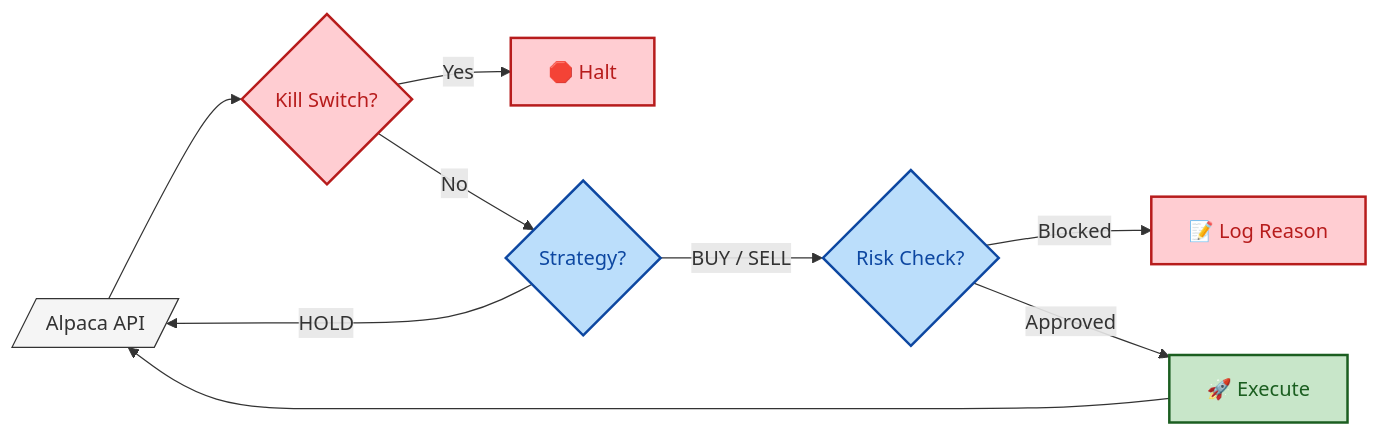
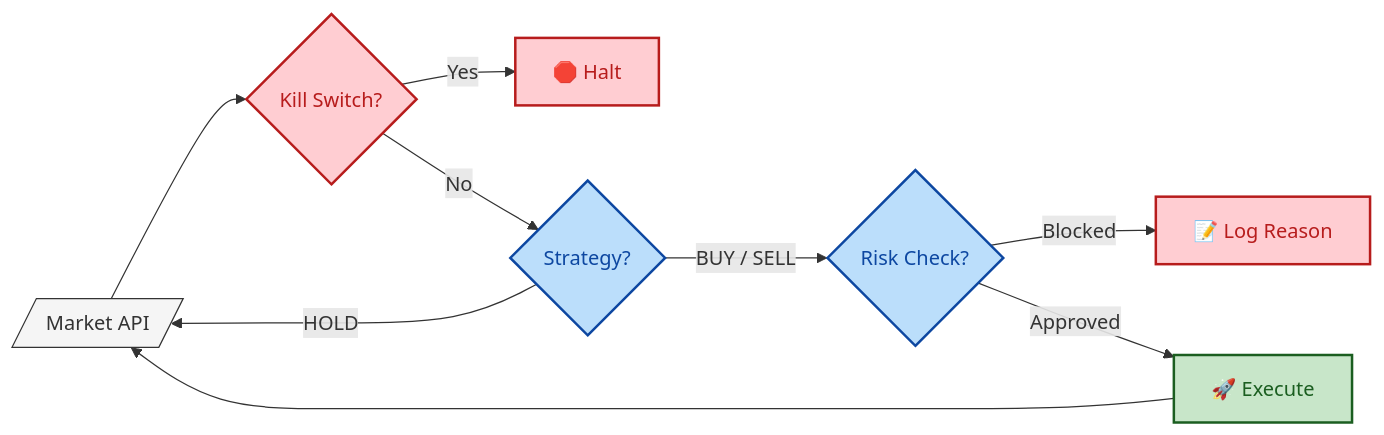
The diagram in README.md (Julien-hae/NightWatch), drawn with Mermaid before and after one commit. The commit also changed other lines of this file and 7 other files, not shown here.

````diff
--- a/README.md
+++ b/README.md
@@ -9,27 +9,27 @@
 ```mermaid
 graph LR
     %% Node Definitions
-    Fetch[/Alpaca API/]
+    Fetch[/Market API/]
     Fetch --> Kill{Kill Switch?}
 
     Kill -- Yes --> Stop[🛑 Halt]
     Kill -- No --> Strat{Strategy?}
 
     Strat -- HOLD --> Fetch
     Strat -- BUY / SELL --> Risk{Risk Check?}
 
     Risk -- Blocked --> Log[📝 Log Reason]
 
     Risk -- Approved --> Exec[🚀 Execute]
     Exec --> Fetch
 
     %% Styling
     classDef red fill:#ffcdd2,stroke:#b71c1c,stroke-width:2px,color:#b71c1c;
     classDef green fill:#c8e6c9,stroke:#1b5e20,stroke-width:2px,color:#1b5e20;
     classDef blue fill:#bbdefb,stroke:#0d47a1,stroke-width:2px,color:#0d47a1;
     classDef default fill:#f5f5f5,stroke:#333,stroke-width:1px;
 
     class Kill,Stop,Log red;
     class Exec green;
     class Strat,Risk blue;
 ```
````
